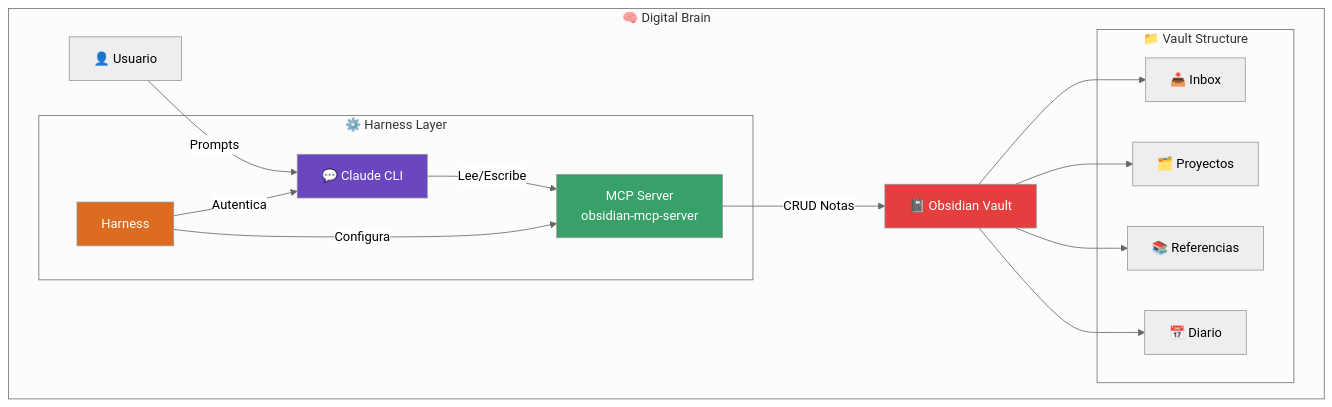
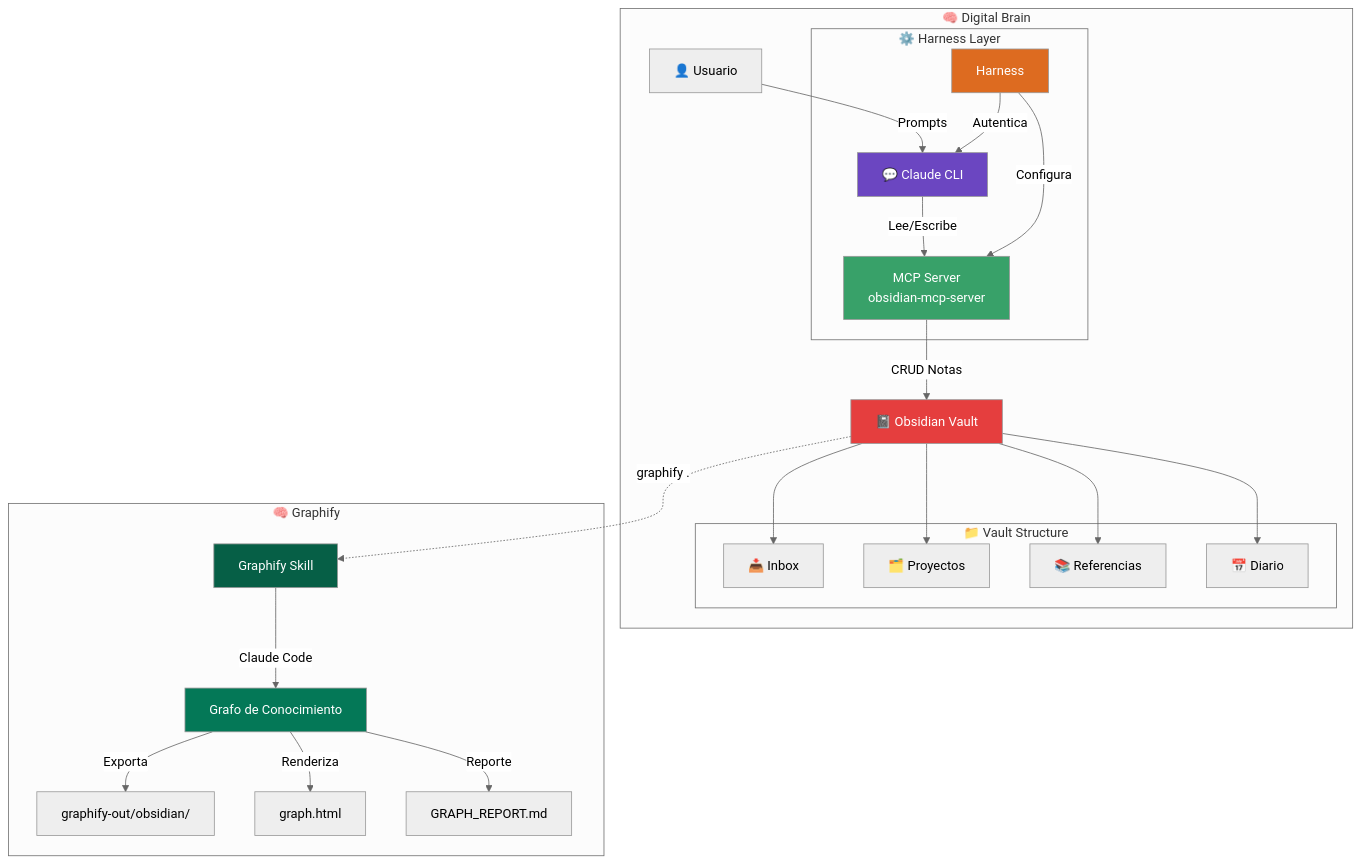
One commit to MrJuanLcm/digital-brain-documentation changed the diagram in docs/01-introduccion.md. Above: the diagram before and after it, drawn with Mermaid (neutral theme). The commit also changed other lines of this file and 9 other files, not shown here.

Commit message:
feat: integrate Graphify + expand docs + fix CI

````diff
--- a/docs/01-introduccion.md
+++ b/docs/01-introduccion.md
@@ -148,30 +160,40 @@
 ```mermaid
 graph TB
     subgraph "🧠 Digital Brain"
         U[👤 Usuario] -->|Prompts| CC[💬 Claude CLI]
         CC -->|Lee/Escribe| MCP[MCP Server<br/>obsidian-mcp-server]
         MCP -->|CRUD Notas| O[📓 Obsidian Vault]
         
         subgraph "⚙️ Harness Layer"
             H[Harness] -->|Configura| MCP
             H -->|Autentica| CC
         end
         
         subgraph "📁 Vault Structure"
             I[📥 Inbox]
             P[🗂️ Proyectos]
             R[📚 Referencias]
             D[📅 Diario]
         end
         
         O --> I
         O --> P
         O --> R
         O --> D
     end
     
+    subgraph "🧠 Graphify"
+        O -.->|graphify .| G[Graphify Skill]
+        G -->|Claude Code| KG[Grafo de Conocimiento]
+        KG -->|Exporta| OBS[graphify-out/obsidian/]
+        KG -->|Renderiza| HTML[graph.html]
+        KG -->|Reporte| RPT[GRAPH_REPORT.md]
+    end
+
     style CC fill:#6B46C1,color:#fff
     style MCP fill:#38A169,color:#fff
     style O fill:#E53E3E,color:#fff
     style H fill:#DD6B20,color:#fff
+    style G fill:#065F46,color:#fff
+    style KG fill:#047857,color:#fff
 ```
````
